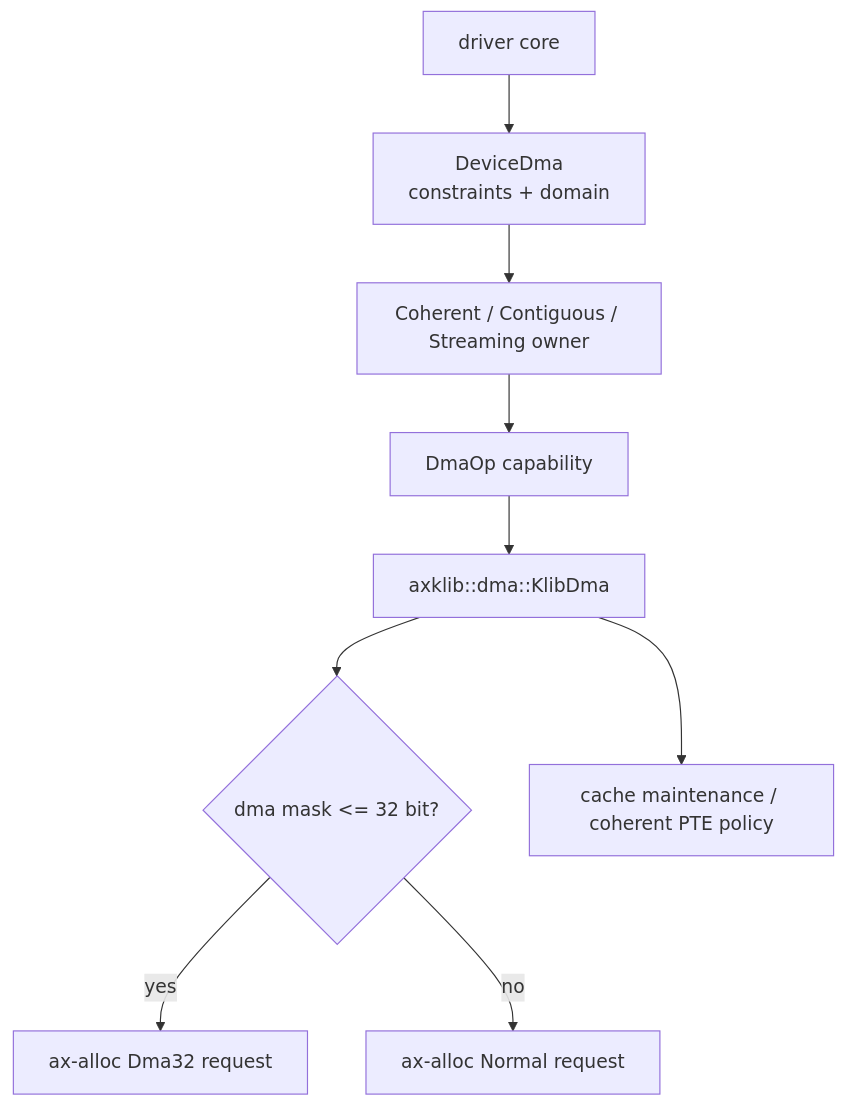
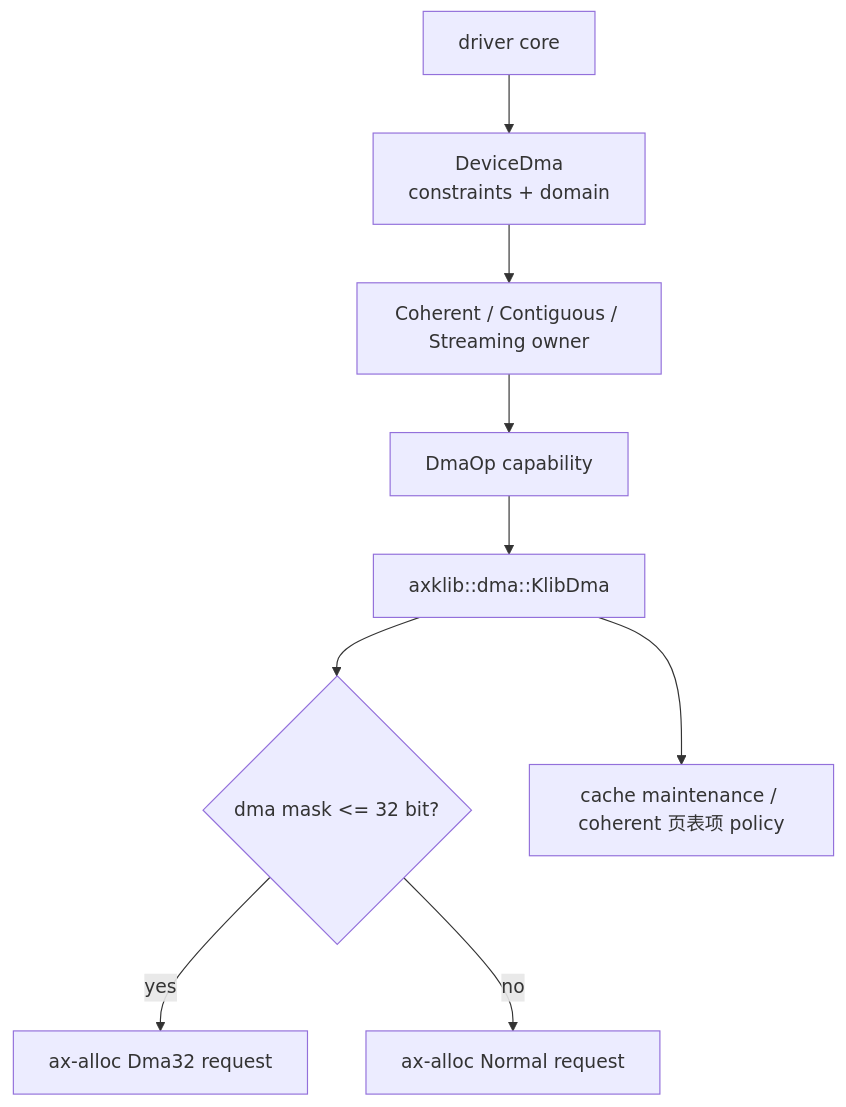
The first of 4 diagrams in docs/docs/architecture/memory/dma.md (rcore-os/tgoskits), drawn with Mermaid before and after one commit. The commit also changed other lines of this file and 12 other files, not shown here.

````diff
--- a/docs/docs/architecture/memory/dma.md
+++ b/docs/docs/architecture/memory/dma.md
@@ -32,11 +32,11 @@
 ```mermaid
 flowchart TB
     Driver["driver core"] --> Device["DeviceDma\nconstraints + domain"]
     Device --> Owner["Coherent / Contiguous / Streaming owner"]
     Owner --> Op["DmaOp capability"]
     Op --> Klib["axklib::dma::KlibDma"]
     Klib --> Zone{"dma mask <= 32 bit?"}
     Zone -->|"yes"| Dma32["ax-alloc Dma32 request"]
     Zone -->|"no"| Normal["ax-alloc Normal request"]
-    Klib --> Cache["cache maintenance / coherent PTE policy"]
+    Klib --> Cache["cache maintenance / coherent 页表项 policy"]
 ```
````
